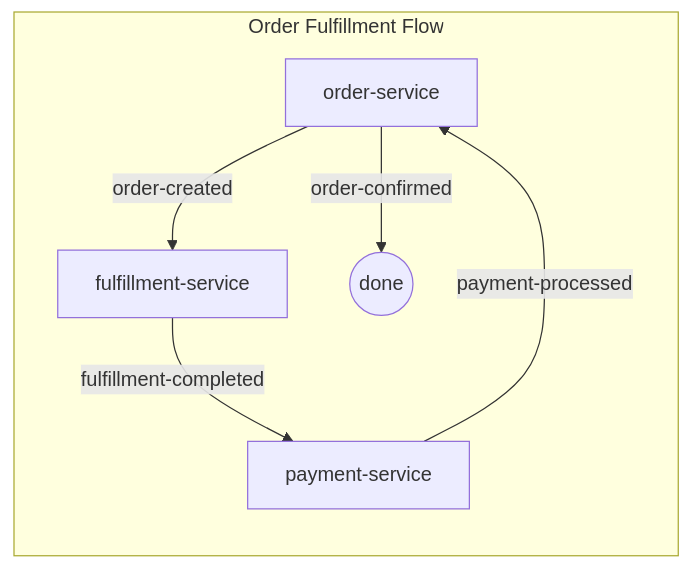
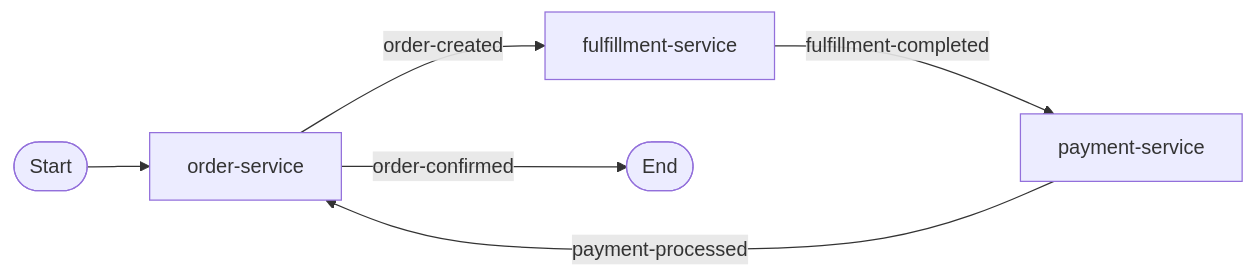
The diagram in .github/agents/spas.compose.agent.md (filozofira/spas), drawn with Mermaid before and after one commit. The commit also changed other lines of this file and 10 other files, not shown here.

First line of the commit message:
019 compose diagram flow (#53)

````diff
--- a/.github/agents/spas.compose.agent.md
+++ b/.github/agents/spas.compose.agent.md
@@ -451,9 +453,8 @@
 ```mermaid
 flowchart LR
-    subgraph Order Fulfillment Flow
-        OS[order-service] -->|order-created| FS[fulfillment-service]
-        FS -->|fulfillment-completed| PS[payment-service]
-        PS -->|payment-processed| OS
-        OS -->|order-confirmed| END((done))
-    end
+    Start([Start]) --> OS[order-service]
+    OS -->|order-created| FS[fulfillment-service]
+    FS -->|fulfillment-completed| PS[payment-service]
+    PS -->|payment-processed| OS
+    OS -->|order-confirmed| End([End])
 ```
````
